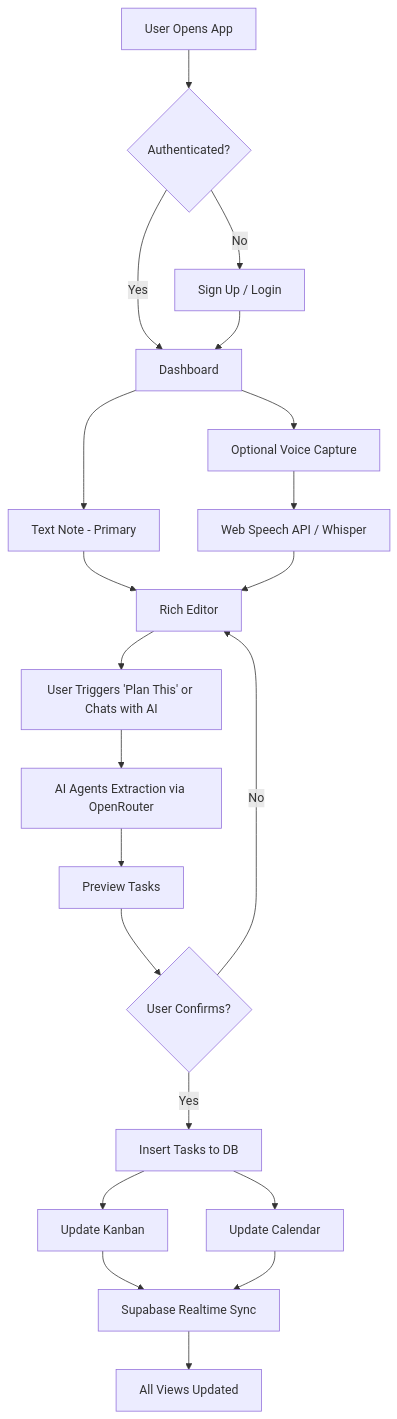
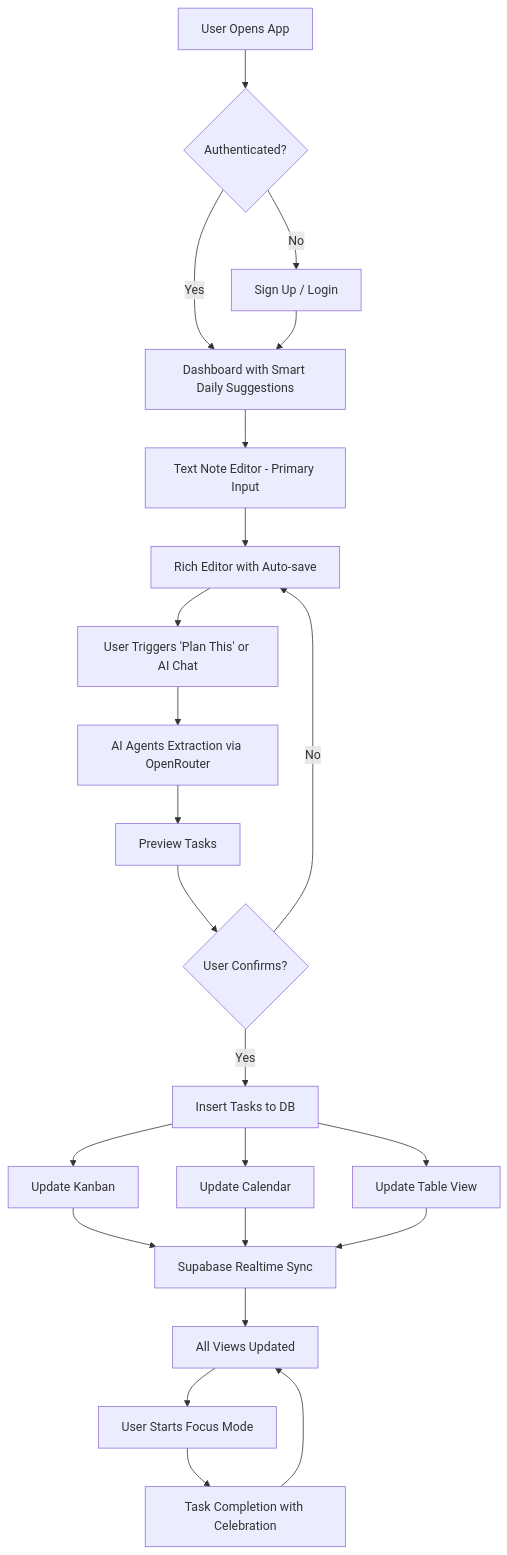
Before and after one commit to mthangtr/groaly: the diagram in docs/brainstorm.md, drawn with Mermaid. The commit also changed other lines of this file and 3 other files, not shown here.

````diff
--- a/docs/brainstorm.md
+++ b/docs/brainstorm.md
@@ -733,23 +951,25 @@
 ```mermaid
 graph TD
     A[User Opens App] --> B{Authenticated?}
     B -->|No| C[Sign Up / Login]
-    B -->|Yes| D[Dashboard]
+    B -->|Yes| D[Dashboard with Smart Daily Suggestions]
     C --> D
-    D --> E[Optional Voice Capture]
-    D --> F[Text Note - Primary]
-    E --> G[Web Speech API / Whisper]
-    F --> H[Rich Editor]
-    G --> H
-    H --> I[User Triggers 'Plan This' or Chats with AI]
-    I --> J[AI Agents Extraction via OpenRouter]
-    J --> K[Preview Tasks]
-    K --> L{User Confirms?}
-    L -->|Yes| M[Insert Tasks to DB]
-    L -->|No| H
-    M --> N[Update Kanban]
-    M --> O[Update Calendar]
-    N --> P[Supabase Realtime Sync]
-    O --> P
-    P --> Q[All Views Updated]
+    D --> E[Text Note Editor - Primary Input]
+    E --> F[Rich Editor with Auto-save]
+    F --> G[User Triggers 'Plan This' or AI Chat]
+    G --> H[AI Agents Extraction via OpenRouter]
+    H --> I[Preview Tasks]
+    I --> J{User Confirms?}
+    J -->|Yes| K[Insert Tasks to DB]
+    J -->|No| F
+    K --> L[Update Kanban]
+    K --> M[Update Calendar]
+    K --> N[Update Table View]
+    L --> O[Supabase Realtime Sync]
+    M --> O
+    N --> O
+    O --> P[All Views Updated]
+    P --> Q[User Starts Focus Mode]
+    Q --> R[Task Completion with Celebration]
+    R --> P
 ```
````
